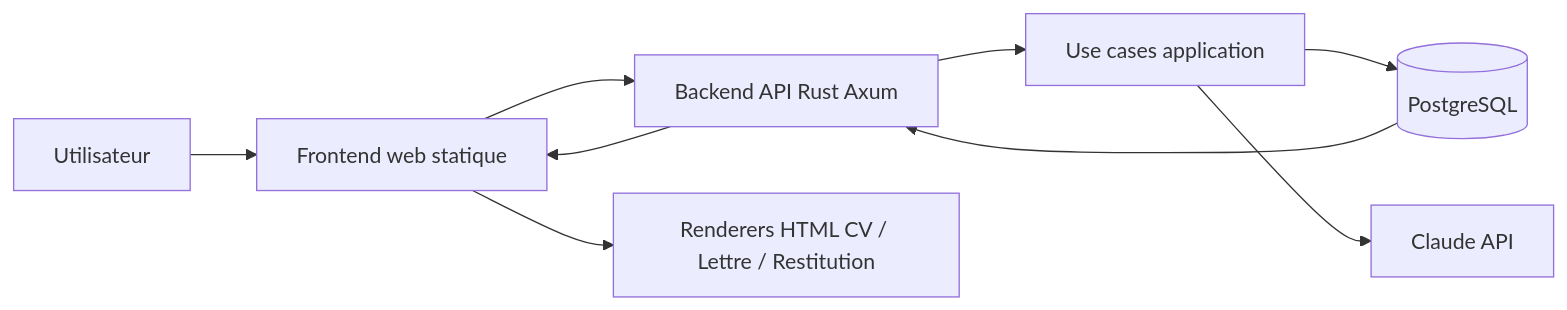
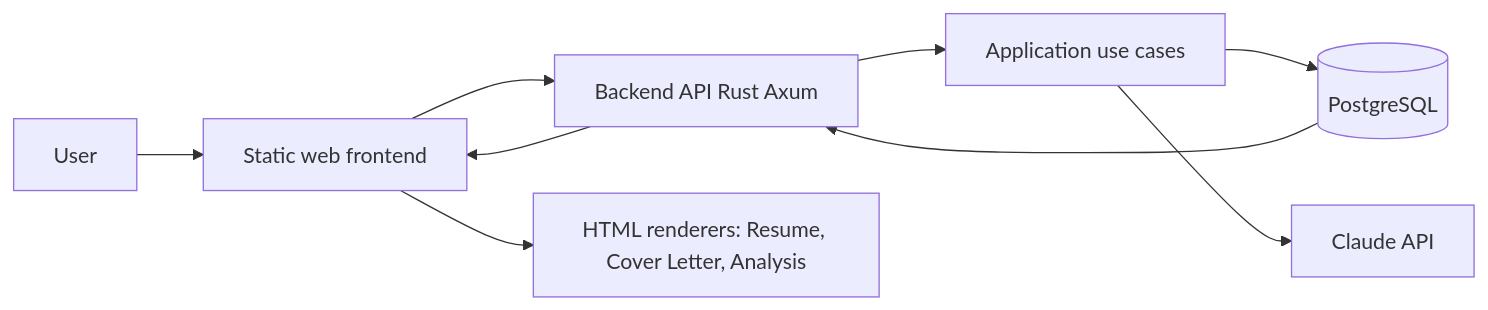
One commit to RomeoCavazza/open-cv changed the first of 3 diagrams in README.md. Above: the diagram before and after it, drawn with Mermaid. The commit also changed other lines of this file and 4 other files, not shown here.

````diff
--- a/README.md
+++ b/README.md
@@ -87,19 +87,19 @@
 ```mermaid
 flowchart LR
-    User[Utilisateur]
-    UI[Frontend web statique]
+    User[User]
+    UI[Static web frontend]
     API[Backend API Rust Axum]
-    APP[Use cases application]
+    APP[Application use cases]
     LLM[Claude API]
     PG[(PostgreSQL)]
-    Render[Renderers HTML CV / Lettre / Restitution]
+    Render[HTML renderers: Resume, Cover Letter, Analysis]
 
     User --> UI
     UI --> API
     API --> APP
     APP --> PG
     APP --> LLM
     PG --> API
     API --> UI
     UI --> Render
 ```
````
